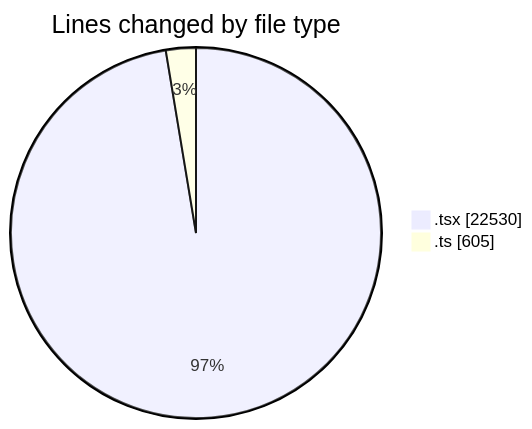
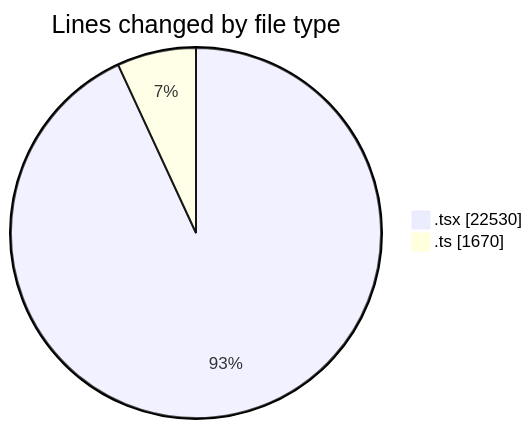
The first of 2 diagrams in 2026-08-23/nxtqube_webapp/README.md (nxtqubesakshisongat/code-tracking), drawn with Mermaid before and after one commit. The commit also changed other lines of this file and 1 other file, not shown here.

````diff
--- a/2026-08-23/nxtqube_webapp/README.md
+++ b/2026-08-23/nxtqube_webapp/README.md
@@ -62,6 +63,6 @@
 ```mermaid
 pie showData
 title Lines changed by file type
 ".tsx" : 22530
-".ts" : 605
+".ts" : 1670
 ```
````
